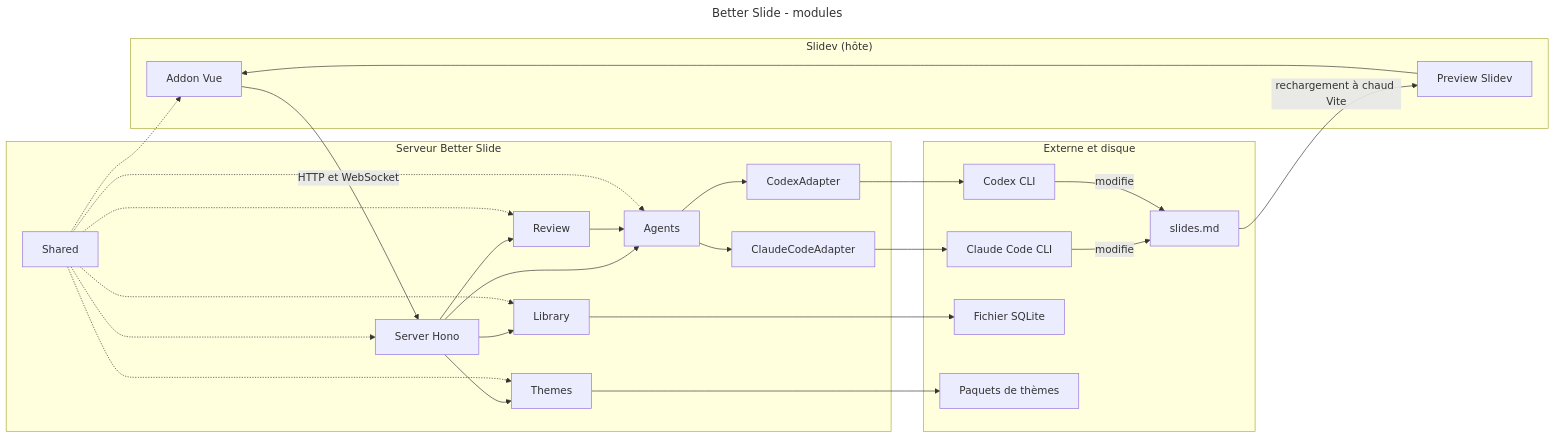
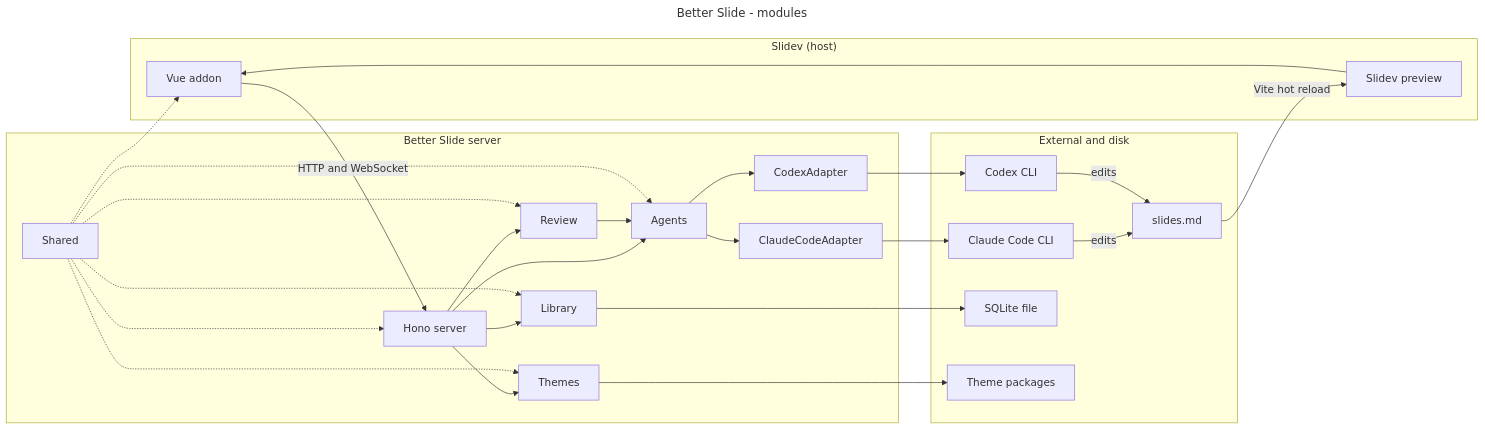
The diagram in aidd_docs/INSTALL.md (Crocogiciel-Studio/better-slides), drawn with Mermaid before and after one commit. The commit also changed other lines of this file, not shown here.

````diff
--- a/aidd_docs/INSTALL.md
+++ b/aidd_docs/INSTALL.md
@@ -42,49 +42,49 @@
 ```mermaid
 ---
 title: Better Slide - modules
 ---
 flowchart LR
-  subgraph Host["Slidev (hôte)"]
-    Addon["Addon Vue"]
-    Preview["Preview Slidev"]
+  subgraph Host["Slidev (host)"]
+    Addon["Vue addon"]
+    Preview["Slidev preview"]
   end
-  subgraph BS["Serveur Better Slide"]
-    Server["Server Hono"]
+  subgraph BS["Better Slide server"]
+    Server["Hono server"]
     Review["Review"]
     Agents["Agents"]
     ClaudeCodeAdapter["ClaudeCodeAdapter"]
     CodexAdapter["CodexAdapter"]
     Library["Library"]
     Themes["Themes"]
     Shared["Shared"]
   end
-  subgraph Ext["Externe et disque"]
+  subgraph Ext["External and disk"]
     ClaudeCLI["Claude Code CLI"]
     CodexCLI["Codex CLI"]
     SlidesMd["slides.md"]
-    SQLiteFile["Fichier SQLite"]
-    ThemePackages["Paquets de thèmes"]
+    SQLiteFile["SQLite file"]
+    ThemePackages["Theme packages"]
   end
-  Addon -- "HTTP et WebSocket" --> Server
+  Addon -- "HTTP and WebSocket" --> Server
   Server --> Review
   Server --> Library
   Server --> Themes
   Server --> Agents
   Review --> Agents
   Agents --> ClaudeCodeAdapter
   Agents --> CodexAdapter
   ClaudeCodeAdapter --> ClaudeCLI
   CodexAdapter --> CodexCLI
-  ClaudeCLI -- "modifie" --> SlidesMd
-  CodexCLI -- "modifie" --> SlidesMd
-  SlidesMd -- "rechargement à chaud Vite" --> Preview
+  ClaudeCLI -- "edits" --> SlidesMd
+  CodexCLI -- "edits" --> SlidesMd
+  SlidesMd -- "Vite hot reload" --> Preview
   Preview --> Addon
   Library --> SQLiteFile
   Themes --> ThemePackages
   Shared -.-> Addon
   Shared -.-> Server
   Shared -.-> Review
   Shared -.-> Agents
   Shared -.-> Library
   Shared -.-> Themes
 ```
````
